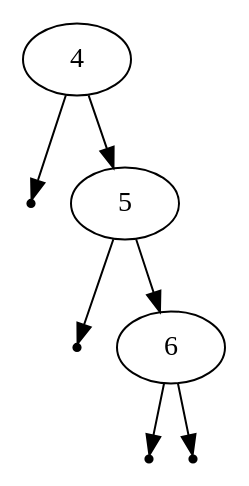
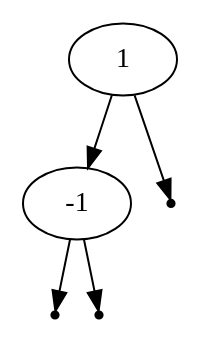
The diagram in graph.dot (aschey/cs260), drawn with Graphviz before and after one commit. The commit also changed 3 other files, not shown here.

Commit message:
fixed graphviz

```diff
--- a/graph.dot
+++ b/graph.dot
@@ -1,12 +1,12 @@
 digraph {
-graph [ordering="out"];null0 [shape=point];
-4 -> null0;
-4 -> 5;
-null1 [shape=point];
-5 -> null1;
-5 -> 6;
-null2 [shape=point];
-6 -> null2;
-null3 [shape=point];
-6 -> null3;
+graph [ordering="out"];
+Node0 [label=1];
+Node1 [label=-1];
+Node0 -> Node1;
+Null0 [shape=point]
+;Node0 -> Null0;
+Null1 [shape=point]
+;Node1 -> Null1;
+Null2 [shape=point]
+;Node1 -> Null2;
 }
```
